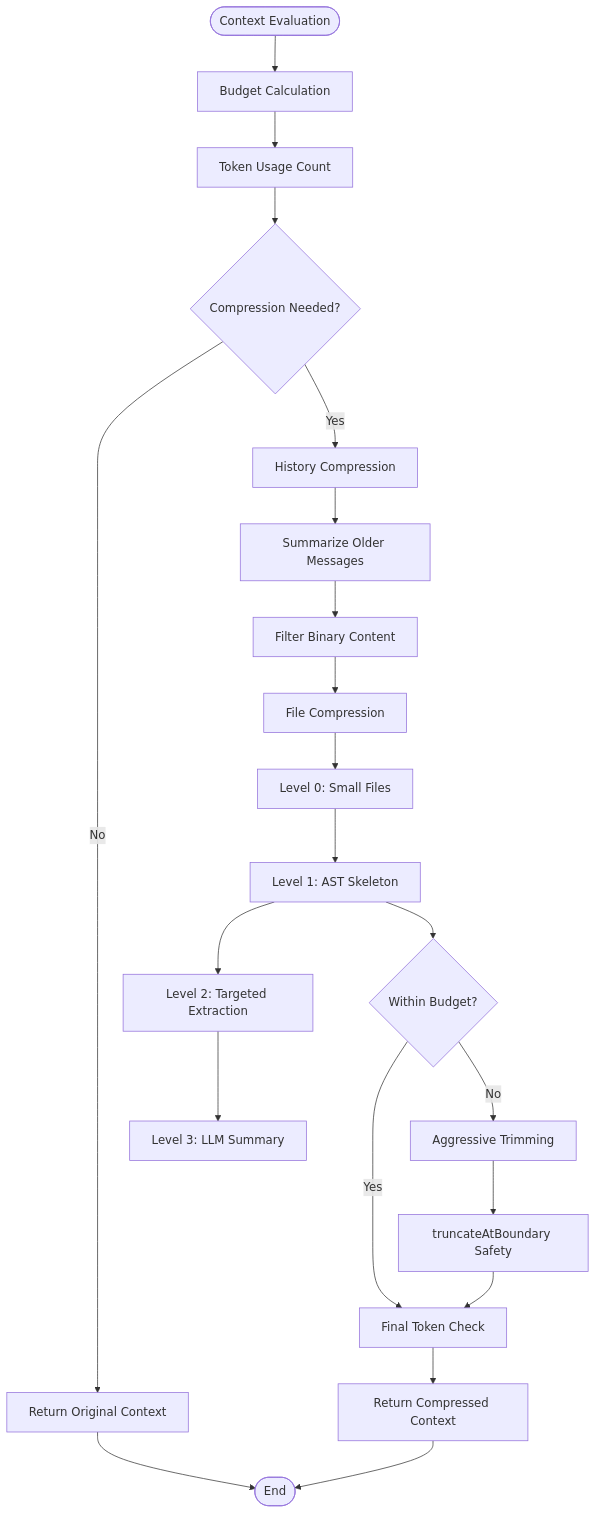
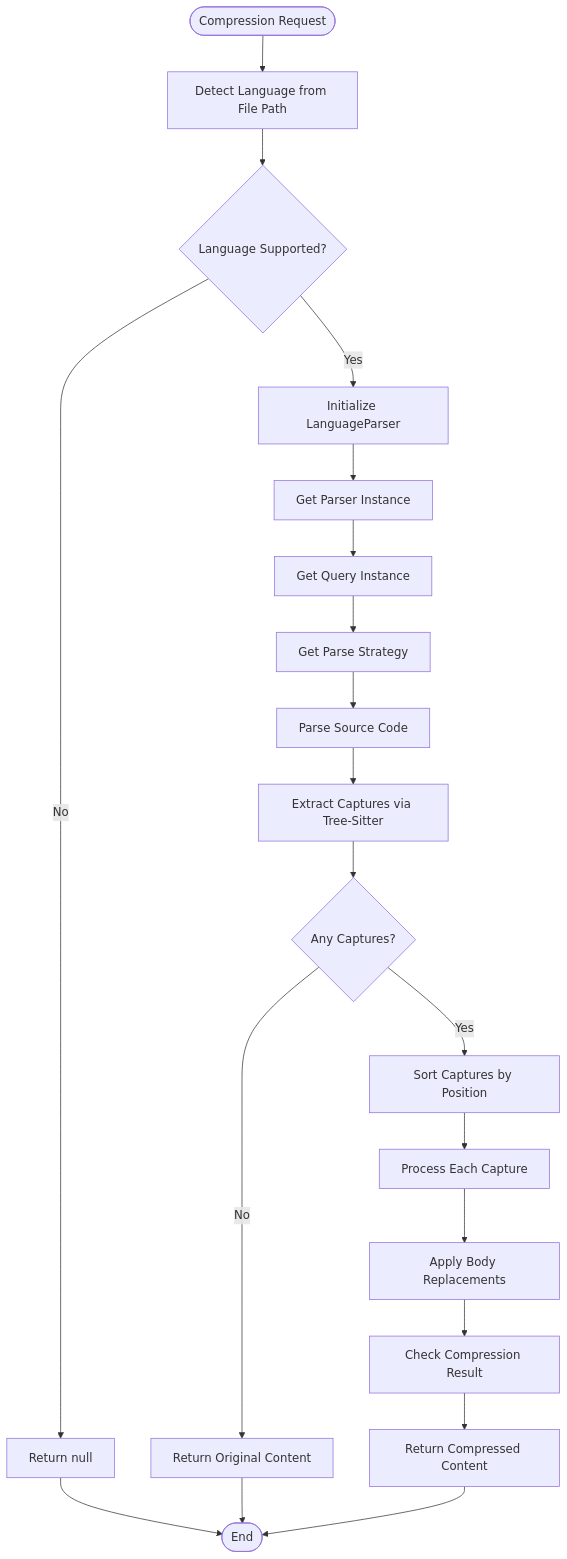
One commit to bramburn/repomix-runner changed the fourth of 5 diagrams in .qoder/repowiki/en/content/Core Features/Compression Engine Architecture.md. Above: the diagram before and after it, drawn with Mermaid. The commit also changed other lines of this file and 41 other files, not shown here.

````diff
--- a/.qoder/repowiki/en/content/Core Features/Compression Engine Architecture.md
+++ b/.qoder/repowiki/en/content/Core Features/Compression Engine Architecture.md
@@ -251,23 +251,22 @@
 ```mermaid
 flowchart TD
-START([Context Evaluation]) --> CALCULATE[Budget Calculation]
-CALCULATE --> TOKEN_COUNT[Token Usage Count]
-TOKEN_COUNT --> CHECK_THRESHOLD{Compression Needed?}
-CHECK_THRESHOLD --> |No| RETURN_ORIGINAL[Return Original Context]
-CHECK_THRESHOLD --> |Yes| HISTORY_COMPRESSION[History Compression]
-HISTORY_COMPRESSION --> SUMMARIZE[Summarize Older Messages]
-SUMMARIZE --> FILTER_BINARY[Filter Binary Content]
-FILTER_BINARY --> FILE_COMPRESSION[File Compression]
-FILE_COMPRESSION --> LEVEL_0[Level 0: Small Files]
-LEVEL_0 --> LEVEL_1[Level 1: AST Skeleton]
-LEVEL_1 --> TARGETED_EXTRACT[Level 2: Targeted Extraction]
-TARGETED_EXTRACT --> LLM_SUMMARY[Level 3: LLM Summary]
-LEVEL_1 --> TRIM_CHECK{Within Budget?}
-TRIM_CHECK --> |Yes| FINAL_CHECK[Final Token Check]
-TRIM_CHECK --> |No| AGGRESSIVE_TRIM[Aggressive Trimming]
-AGGRESSIVE_TRIM --> TRUNCATE_BOUNDARY[truncateAtBoundary Safety]
-TRUNCATE_BOUNDARY --> FINAL_CHECK
-FINAL_CHECK --> RETURN_COMPRESSED[Return Compressed Context]
-RETURN_ORIGINAL --> END([End])
+START([Compression Request]) --> DETECT[Detect Language from File Path]
+DETECT --> VALIDATE{Language Supported?}
+VALIDATE --> |No| RETURN_NULL[Return null]
+VALIDATE --> |Yes| INIT_PARSER[Initialize LanguageParser]
+INIT_PARSER --> GET_PARSER[Get Parser Instance]
+GET_PARSER --> GET_QUERY[Get Query Instance]
+GET_QUERY --> GET_STRATEGY[Get Parse Strategy]
+GET_STRATEGY --> PARSE_CODE[Parse Source Code]
+PARSE_CODE --> EXTRACT_CAPTURES[Extract Captures via Tree-Sitter]
+EXTRACT_CAPTURES --> HAS_CAPTURES{Any Captures?}
+HAS_CAPTURES --> |No| RETURN_ORIGINAL[Return Original Content]
+HAS_CAPTURES --> |Yes| SORT_CAPTURES[Sort Captures by Position]
+SORT_CAPTURES --> PROCESS_CAPTURES[Process Each Capture]
+PROCESS_CAPTURES --> APPLY_REPLACEMENTS[Apply Body Replacements]
+APPLY_REPLACEMENTS --> CHECK_RESULT[Check Compression Result]
+CHECK_RESULT --> RETURN_COMPRESSED[Return Compressed Content]
+RETURN_NULL --> END([End])
+RETURN_ORIGINAL --> END
 RETURN_COMPRESSED --> END
 ```
````
